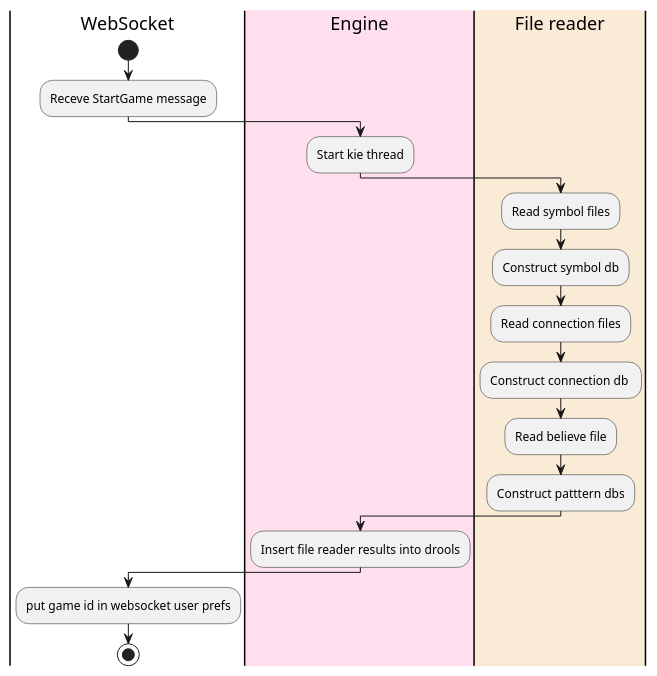
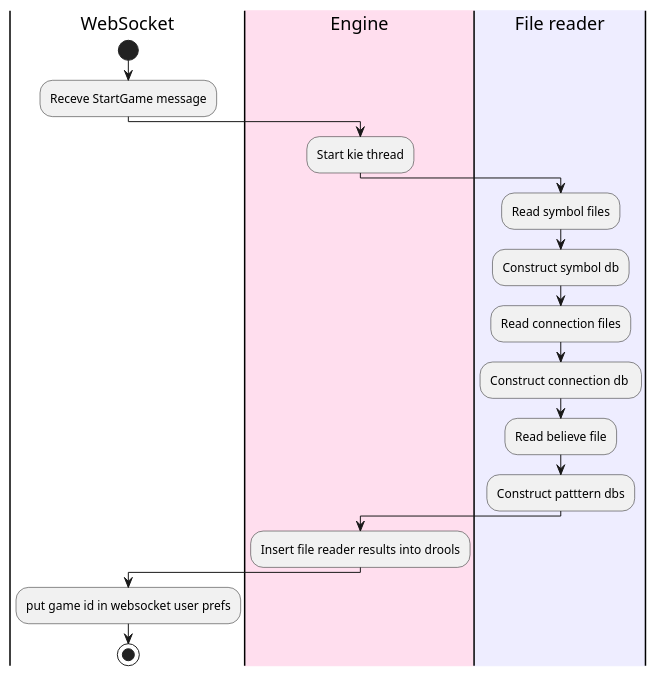
One commit to jappeace/methods-homework changed diagram 18 of 26 in thesis/thesis.org. Above: the diagram before and after it, drawn with PlantUML. The commit also changed other lines of this file and 1 other file, not shown here.

```diff
--- a/thesis/thesis.org
+++ b/thesis/thesis.org
@@ -3551,19 +3560,19 @@
 #+BEGIN_SRC plantuml :cache yes :file img/uml/initjung.png :exports results
   |WebSocket|
   start
   :Receve StartGame message;
   |#FFDEEE|Engine|
   :Start kie thread;
-  |#AntiqueWhite|File reader|
+  |#EEEDFF|File reader|
   :Read symbol files;
   :Construct symbol db;
   :Read connection files;
   :Construct connection db ;
   :Read believe file;
   :Construct patttern dbs;
   |#FFDEEE|Engine|
   :Insert file reader results into drools;
   |WebSocket|
   :put game id in websocket user prefs;
   stop
 #+END_SRC
```
